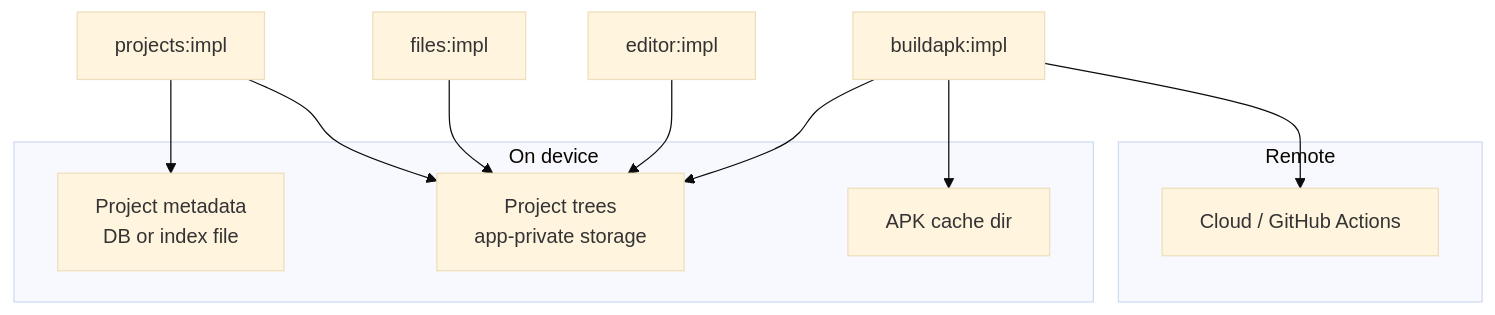
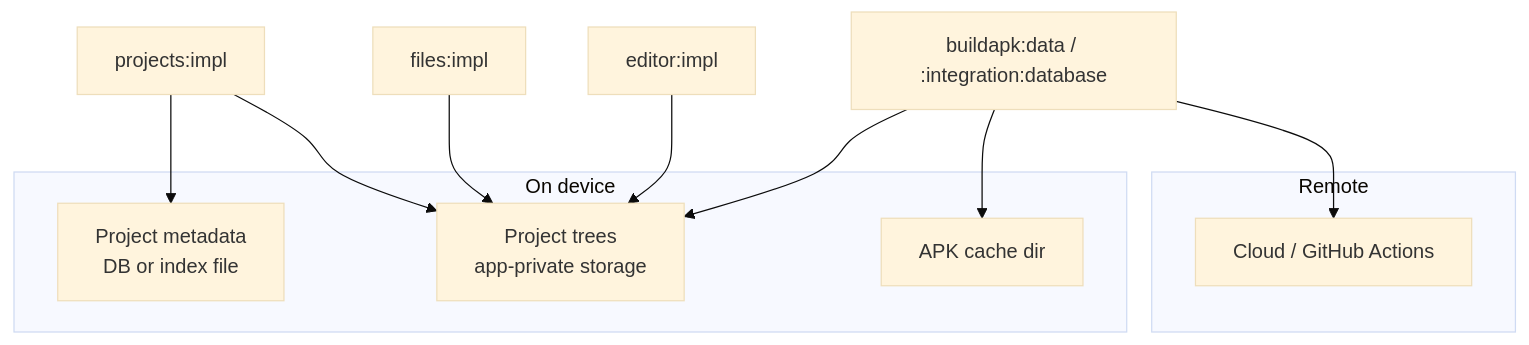
One commit to Al-Qassim/Android-Studio-Lite changed the fifth of 5 diagrams in project/architecture.md. Above: the diagram before and after it, drawn with Mermaid (base theme). The commit also changed other lines of this file and 139 other files, not shown here.

````diff
--- a/project/architecture.md
+++ b/project/architecture.md
@@ -612,20 +620,20 @@
 ```mermaid
 flowchart TB
   subgraph device [On device]
     meta[Project metadata<br/>DB or index file]
     fs[Project trees<br/>app-private storage]
     apkCache[APK cache dir]
   end
 
   subgraph remote [Remote]
     ci[Cloud / GitHub Actions]
   end
 
   P[projects:impl] --> meta
   P --> fs
   F[files:impl] --> fs
   E[editor:impl] --> fs
-  B[buildapk:impl] --> fs
+  B[buildapk:data / :integration:database] --> fs
   B --> apkCache
   B --> ci
 ```
````
